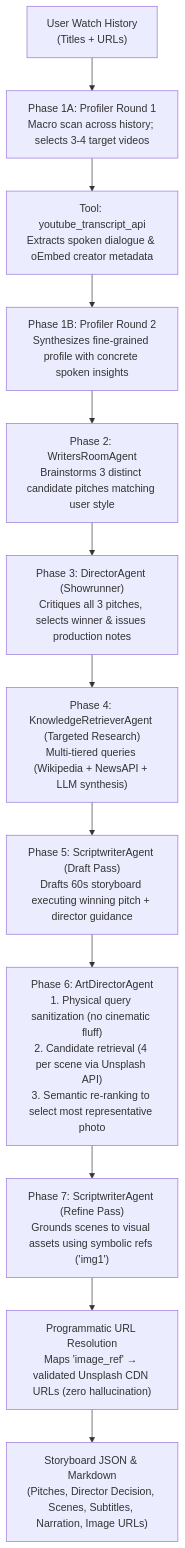
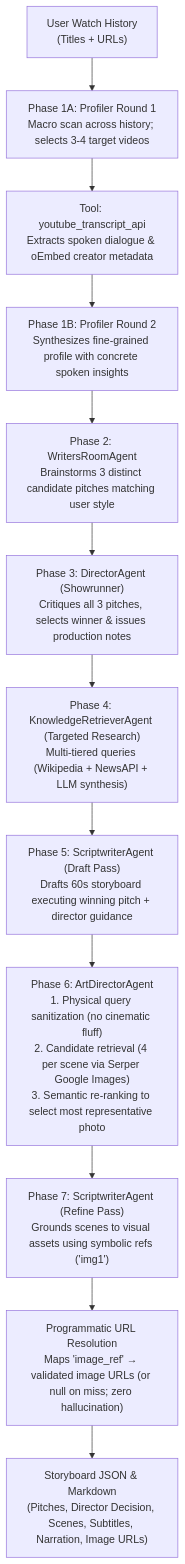
One commit to CharlesDupouy/nlp-multiagent-storyboarding changed the first of 2 diagrams in GEMINI.md. Above: the diagram before and after it, drawn with Mermaid. The commit also changed other lines of this file and 12 other files, not shown here.

Commit message:
Switch image search to Serper.dev with zero-fallback scene omission

````diff
--- a/GEMINI.md
+++ b/GEMINI.md
@@ -140,14 +140,14 @@
 ```mermaid
 flowchart TD
     I["User Watch History\n(Titles + URLs)"] --> P1["Phase 1A: Profiler Round 1\nMacro scan across history; selects 3-4 target videos"]
     P1 --> T1["Tool: youtube_transcript_api\nExtracts spoken dialogue & oEmbed creator metadata"]
     T1 --> P2["Phase 1B: Profiler Round 2\nSynthesizes fine-grained profile with concrete spoken insights"]
     P2 --> WR["Phase 2: WritersRoomAgent\nBrainstorms 3 distinct candidate pitches matching user style"]
     WR --> DIR["Phase 3: DirectorAgent (Showrunner)\nCritiques all 3 pitches, selects winner & issues production notes"]
     DIR --> N["Phase 4: KnowledgeRetrieverAgent (Targeted Research)\nMulti-tiered queries (Wikipedia + NewsAPI + LLM synthesis)"]
     N --> S1["Phase 5: ScriptwriterAgent (Draft Pass)\nDrafts 60s storyboard executing winning pitch + director guidance"]
-    S1 --> IMG["Phase 6: ArtDirectorAgent\n1. Physical query sanitization (no cinematic fluff)\n2. Candidate retrieval (4 per scene via Unsplash API)\n3. Semantic re-ranking to select most representative photo"]
+    S1 --> IMG["Phase 6: ArtDirectorAgent\n1. Physical query sanitization (no cinematic fluff)\n2. Candidate retrieval (4 per scene via Serper Google Images)\n3. Semantic re-ranking to select most representative photo"]
     IMG --> S2["Phase 7: ScriptwriterAgent (Refine Pass)\nGrounds scenes to visual assets using symbolic refs ('img1')"]
-    S2 --> RES["Programmatic URL Resolution\nMaps 'image_ref' → validated Unsplash CDN URLs (zero hallucination)"]
+    S2 --> RES["Programmatic URL Resolution\nMaps 'image_ref' → validated image URLs (or null on miss; zero hallucination)"]
     RES --> O["Storyboard JSON & Markdown\n(Pitches, Director Decision, Scenes, Subtitles, Narration, Image URLs)"]
 ```
````
